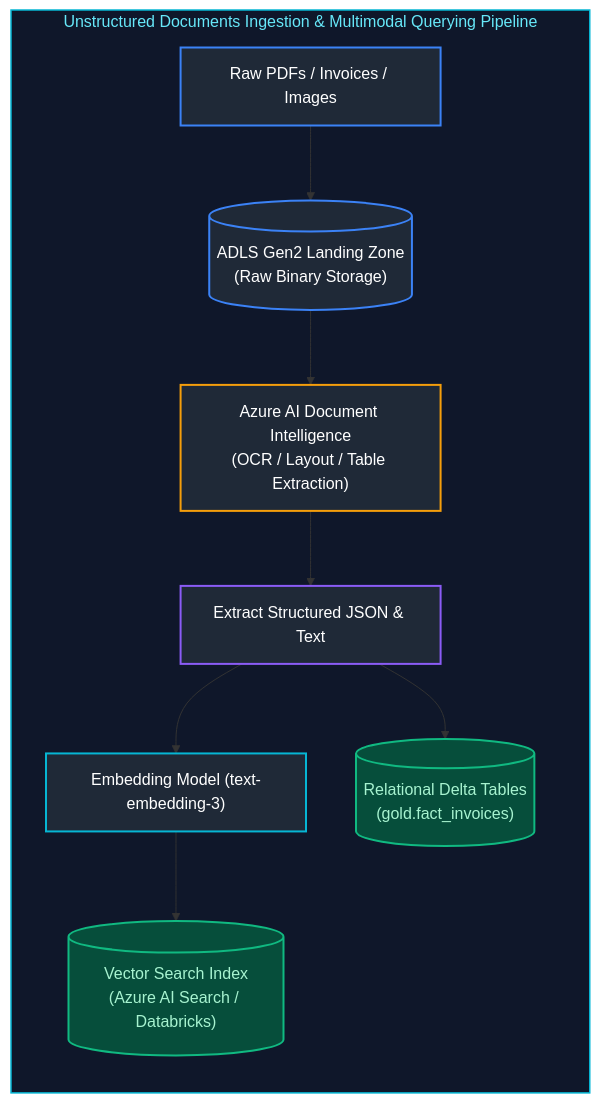
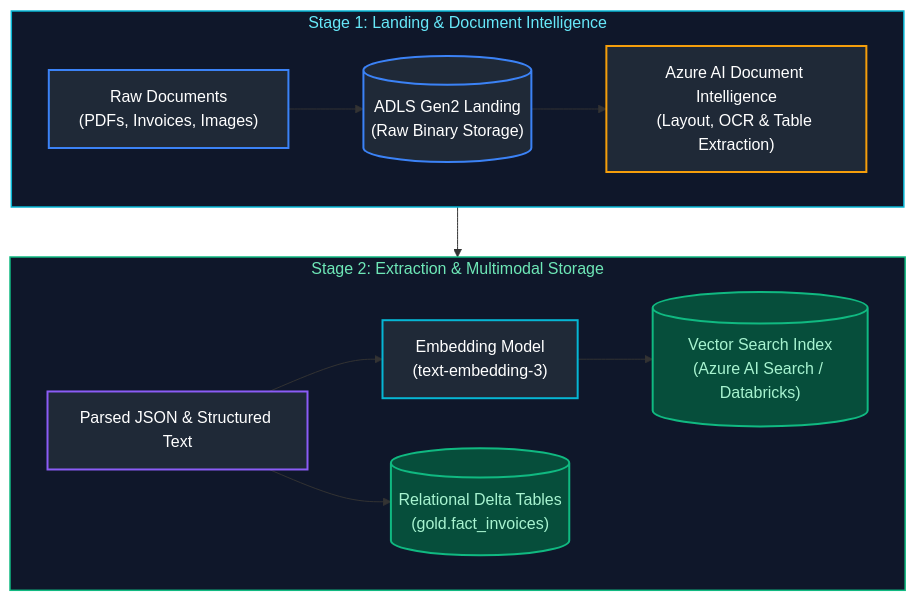
The fourth of 4 diagrams in Data Engineering/frequently_asked_questions/09_etl_data_pipelines_and_adf.md (joydeep-biswas/Interview-Preparation), drawn with Mermaid before and after one commit. The commit also changed 76 other files, not shown here.

Commit message:
Updated Charts

````diff
--- a/Data Engineering/frequently_asked_questions/09_etl_data_pipelines_and_adf.md
+++ b/Data Engineering/frequently_asked_questions/09_etl_data_pipelines_and_adf.md
@@ -384,20 +384,25 @@
 ```mermaid
-flowchart LR
-    subgraph UnstructuredPipeline ["Unstructured Documents Ingestion & Multimodal Querying Pipeline"]
-        A["Raw PDFs / Invoices / Images"] --> B[("ADLS Gen2 Landing Zone<br/>(Raw Binary Storage)")]
-        B --> C["Azure AI Document Intelligence<br/>(OCR / Layout / Table Extraction)"]
-        C --> D["Extract Structured JSON & Text"]
-        D --> E["Embedding Model (text-embedding-3)"]
-        E --> F[("Vector Search Index<br/>(Azure AI Search / Databricks)")]
+flowchart TD
+    subgraph Stage1 ["Stage 1: Landing & Document Intelligence"]
+        direction LR
+        A["Raw Documents<br/>(PDFs, Invoices, Images)"] --> B[("ADLS Gen2 Landing<br/>(Raw Binary Storage)")] --> C["Azure AI Document Intelligence<br/>(Layout, OCR & Table Extraction)"]
+    end
+
+    subgraph Stage2 ["Stage 2: Extraction & Multimodal Storage"]
+        direction LR
+        D["Parsed JSON & Structured Text"] --> E["Embedding Model<br/>(text-embedding-3)"] --> F[("Vector Search Index<br/>(Azure AI Search / Databricks)")]
         D --> G[("Relational Delta Tables<br/>(gold.fact_invoices)")]
     end
 
-    style UnstructuredPipeline fill:#0f172a,stroke:#06b6d4,stroke-width:1.5px,color:#67e8f9
+    C --> D
+
+    style Stage1 fill:#0f172a,stroke:#06b6d4,stroke-width:1.5px,color:#67e8f9
+    style Stage2 fill:#0f172a,stroke:#10b981,stroke-width:1.5px,color:#6ee7b7
     style A fill:#1f2937,stroke:#3b82f6,stroke-width:2px,color:#fff
     style B fill:#1f2937,stroke:#3b82f6,stroke-width:2px,color:#fff
     style C fill:#1f2937,stroke:#f59e0b,stroke-width:2px,color:#fff
     style D fill:#1f2937,stroke:#8b5cf6,stroke-width:2px,color:#fff
     style E fill:#1f2937,stroke:#06b6d4,stroke-width:2px,color:#fff
     style F fill:#064e3b,stroke:#10b981,stroke-width:2px,color:#a7f3d0
     style G fill:#064e3b,stroke:#10b981,stroke-width:2px,color:#a7f3d0
 ```
````
